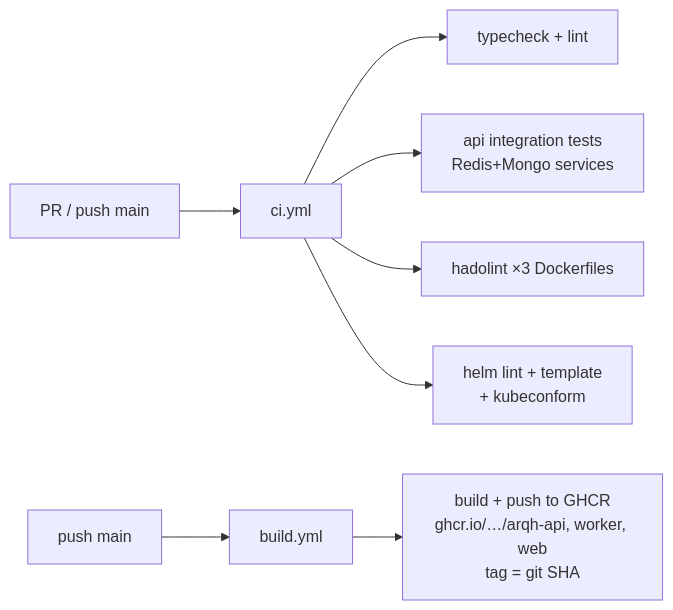
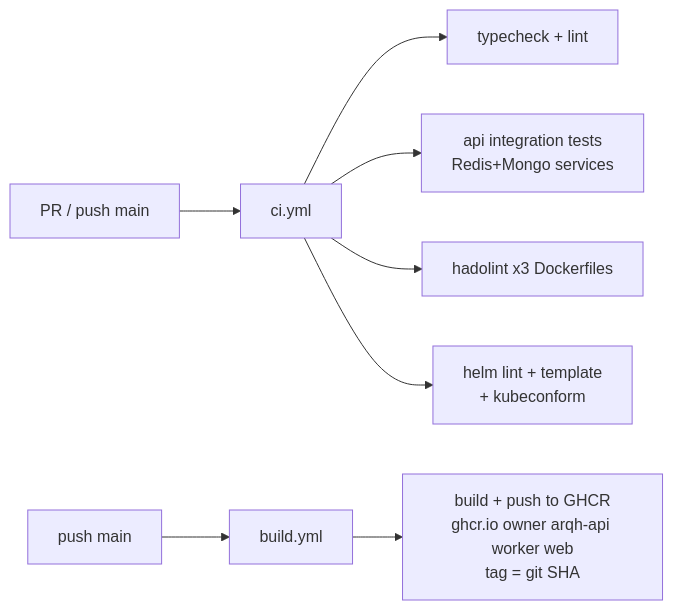
Before and after one commit to eqan/Scalable-Fleet-Dispatcher: the tenth of 12 diagrams in README.md, drawn with Mermaid. The commit also changed other lines of this file, not shown here.

````diff
--- a/README.md
+++ b/README.md
@@ -491,11 +491,11 @@
 ```mermaid
 flowchart LR
   PR["PR / push main"] --> CI["ci.yml"]
   CI --> T["typecheck + lint"]
   CI --> I["api integration tests<br/>Redis+Mongo services"]
-  CI --> H["hadolint ×3 Dockerfiles"]
+  CI --> H["hadolint x3 Dockerfiles"]
   CI --> V["helm lint + template<br/>+ kubeconform"]
 
   MAIN["push main"] --> B["build.yml"]
-  B --> P["build + push to GHCR<br/>ghcr.io/…/arqh-api, worker, web<br/>tag = git SHA"]
+  B --> P["build + push to GHCR<br/>ghcr.io owner arqh-api worker web<br/>tag = git SHA"]
 ```
````
